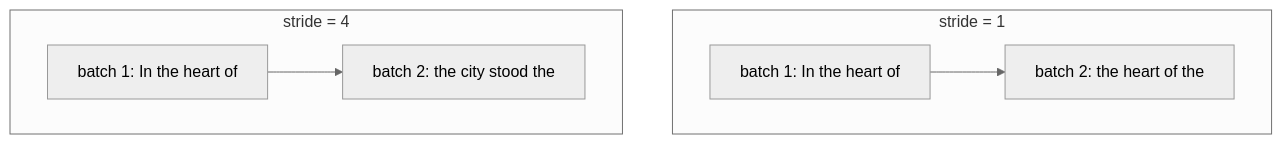
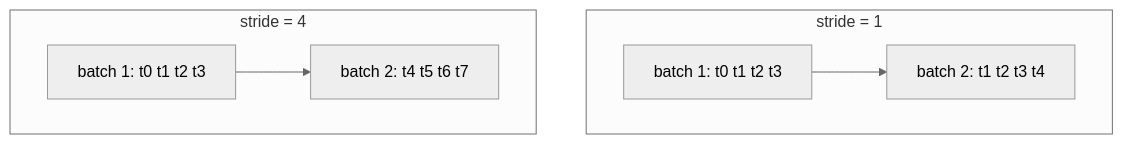
The sixth of 8 diagrams in content/posts/working-with-text-data.mdx (qiyangdev/typography), drawn with Mermaid (neutral theme) before and after one commit. The commit also changed other lines of this file, not shown here.

````diff
--- a/content/posts/working-with-text-data.mdx
+++ b/content/posts/working-with-text-data.mdx
@@ -234,14 +216,14 @@
 ```mermaid title="图 6：stride 控制窗口移动幅度。"
 flowchart TB
     subgraph S1["stride = 1"]
-        A1["batch 1: In the heart of"]
-        A2["batch 2: the heart of the"]
+        A1["batch 1: t0 t1 t2 t3"]
+        A2["batch 2: t1 t2 t3 t4"]
         A1 --> A2
     end
 
     subgraph S4["stride = 4"]
-        B1["batch 1: In the heart of"]
-        B2["batch 2: the city stood the"]
+        B1["batch 1: t0 t1 t2 t3"]
+        B2["batch 2: t4 t5 t6 t7"]
         B1 --> B2
     end
 ```
````
